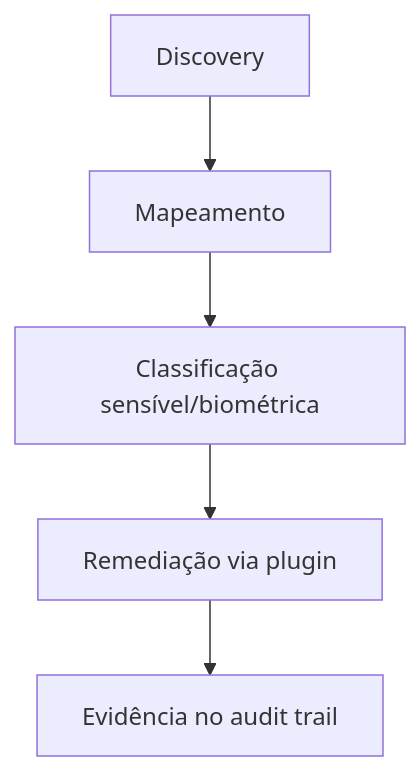
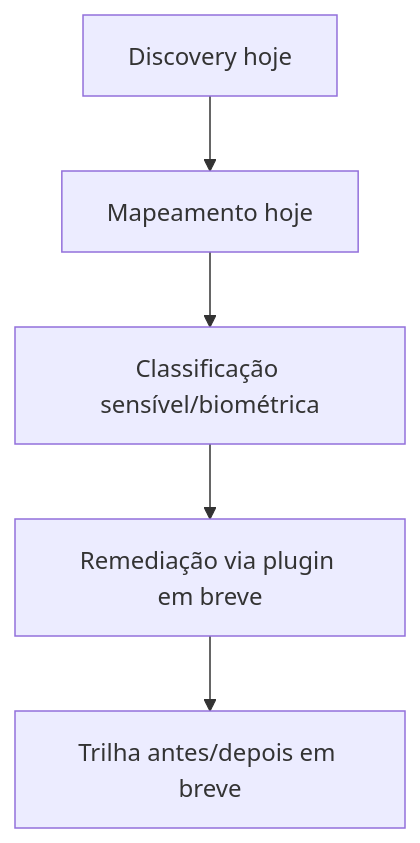
The diagram in docs/use-cases/USE_CASE_BIOMETRIC_DATA_PROTECTION.pt_BR.md (DataBoar/data-boar), drawn with Mermaid before and after one commit. The commit also changed other lines of this file and 2 other files, not shown here.

````diff
--- a/docs/use-cases/USE_CASE_BIOMETRIC_DATA_PROTECTION.pt_BR.md
+++ b/docs/use-cases/USE_CASE_BIOMETRIC_DATA_PROTECTION.pt_BR.md
@@ -32,7 +32,7 @@
 ```mermaid
 flowchart TD
-  D[Discovery] --> M[Mapeamento]
+  D[Discovery hoje] --> M[Mapeamento hoje]
   M --> C[Classificação sensível/biométrica]
-  C --> R[Remediação via plugin]
-  R --> E[Evidência no audit trail]
+  C --> R[Remediação via plugin em breve]
+  R --> E[Trilha antes/depois em breve]
 ```
````
